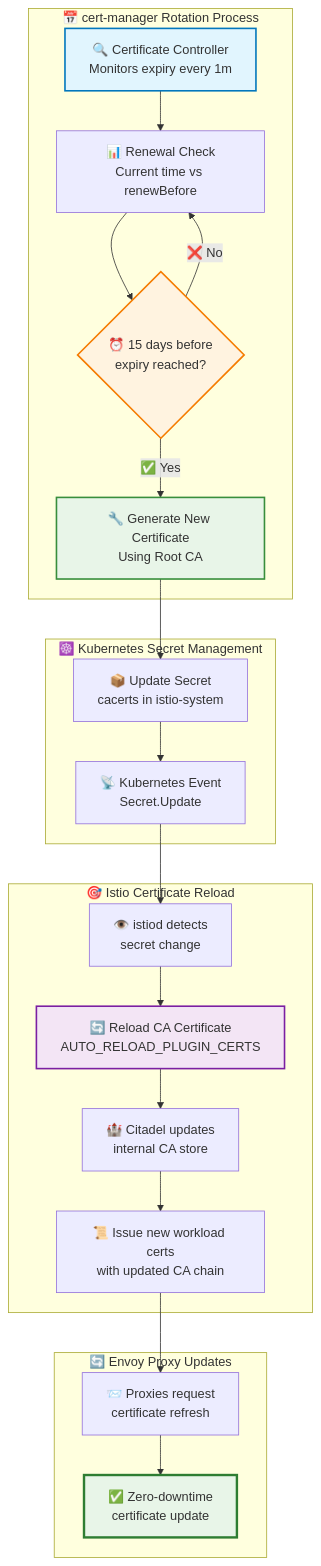
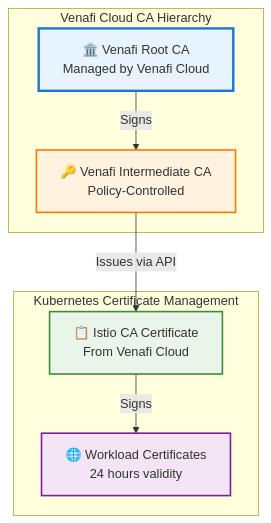
The second of 2 diagrams in README.md (tetratelabs/venafi-demo), drawn with Mermaid before and after one commit. The commit also changed other lines of this file and 5 other files, not shown here.

First line of the commit message:
Integrate Venafi Cloud with Istio and update docs

````diff
--- a/README.md
+++ b/README.md
@@ -339,44 +292,21 @@
 ```mermaid
 graph TD
-    subgraph "📅 cert-manager Rotation Process"
-        A["🔍 Certificate Controller<br/>Monitors expiry every 1m"] 
-        B["📊 Renewal Check<br/>Current time vs renewBefore"]
-        C{"⏰ 15 days before<br/>expiry reached?"}
-        D["🔧 Generate New Certificate<br/>Using Root CA"]
-        A --> B
-        B --> C
-        C -->|❌ No| B
-        C -->|✅ Yes| D
+    subgraph "Venafi Cloud CA Hierarchy"
+        VRoot["🏛️ Venafi Root CA<br/>Managed by Venafi Cloud"]
+        VIntermediate["🔑 Venafi Intermediate CA<br/>Policy-Controlled"]
     end
     
-    subgraph "☸️ Kubernetes Secret Management"
-        E["📦 Update Secret<br/>cacerts in istio-system"]
-        F["📡 Kubernetes Event<br/>Secret.Update"]
-        D --> E
-        E --> F
+    subgraph "Kubernetes Certificate Management"
+        IstioCA["📋 Istio CA Certificate<br/>From Venafi Cloud"]
+        WorkloadCerts["🌐 Workload Certificates<br/>24 hours validity"]
     end
     
-    subgraph "🎯 Istio Certificate Reload"
-        G["👁️ istiod detects<br/>secret change"]
-        H["🔄 Reload CA Certificate<br/>AUTO_RELOAD_PLUGIN_CERTS"]
-        I["🏰 Citadel updates<br/>internal CA store"]
-        J["📜 Issue new workload certs<br/>with updated CA chain"]
-        F --> G
-        G --> H
-        H --> I
-        I --> J
-    end
+    VRoot -->|Signs| VIntermediate
+    VIntermediate -->|Issues via API| IstioCA
+    IstioCA -->|Signs| WorkloadCerts
     
-    subgraph "🔄 Envoy Proxy Updates"
-        K["📨 Proxies request<br/>certificate refresh"]
-        L["✅ Zero-downtime<br/>certificate update"]
-        J --> K
-        K --> L
-    end
-
-    style A fill:#e1f5fe,stroke:#0277bd,stroke-width:2px
-    style C fill:#fff3e0,stroke:#f57c00,stroke-width:2px
-    style D fill:#e8f5e8,stroke:#388e3c,stroke-width:2px
-    style H fill:#f3e5f5,stroke:#7b1fa2,stroke-width:2px
-    style L fill:#e8f5e8,stroke:#2e7d32,stroke-width:3px
+    style VRoot fill:#e8f4fd,stroke:#1976d2,stroke-width:3px
+    style VIntermediate fill:#fff3e0,stroke:#f57c00,stroke-width:2px
+    style IstioCA fill:#e8f5e8,stroke:#388e3c,stroke-width:2px
+    style WorkloadCerts fill:#f3e5f5,stroke:#7b1fa2,stroke-width:2px
 ```
````
